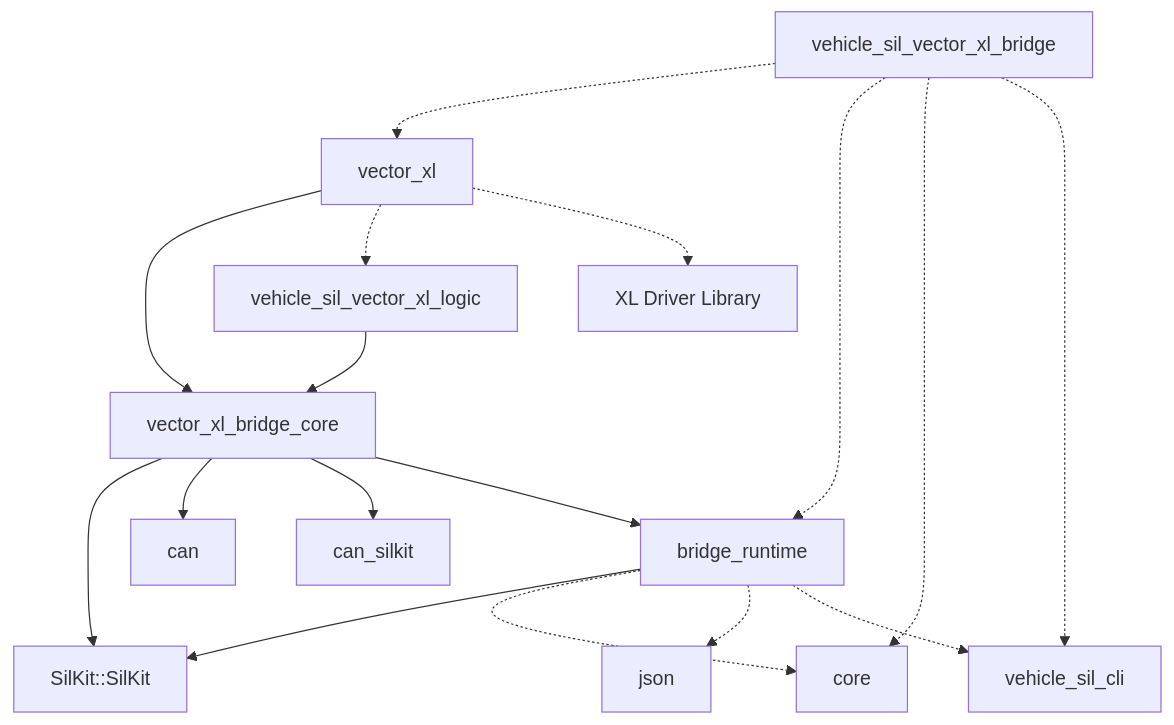
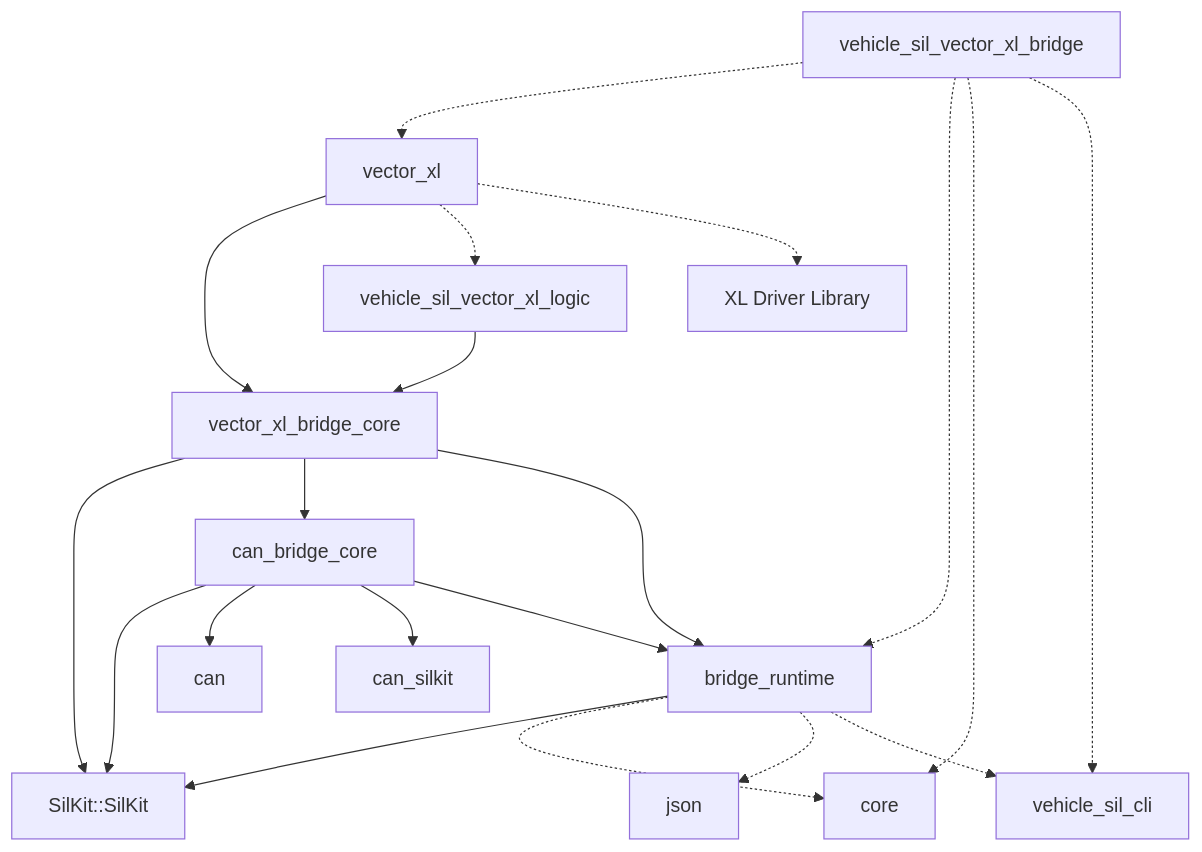
One commit to rahanahu/vehicle-sil changed the first of 2 diagrams in docs/code-map-bridges.md. Above: the diagram before and after it, drawn with Mermaid. The commit also changed other lines of this file and 30 other files, not shown here.

First line of the commit message:
refactor(bridges): move the CAN bridge parts that do not depend on XL to bridges/can (#208)

````diff
--- a/docs/code-map-bridges.md
+++ b/docs/code-map-bridges.md
@@ -152,19 +166,22 @@
 ```mermaid
 flowchart TD
-    vector_xl_bridge_core --> SilKit["SilKit::SilKit"]
-    vector_xl_bridge_core --> can
-    vector_xl_bridge_core --> can_silkit
+    can_bridge_core --> SilKit["SilKit::SilKit"]
+    can_bridge_core --> can
+    can_bridge_core --> can_silkit
+    can_bridge_core --> bridge_runtime
+    vector_xl_bridge_core --> SilKit
+    vector_xl_bridge_core --> can_bridge_core
     vector_xl_bridge_core --> bridge_runtime
     vehicle_sil_vector_xl_logic --> vector_xl_bridge_core
     vector_xl --> vector_xl_bridge_core
     vector_xl -.-> vehicle_sil_vector_xl_logic
     vector_xl -.-> vxlapi["XL Driver Library"]
     vehicle_sil_vector_xl_bridge -.-> vector_xl
     vehicle_sil_vector_xl_bridge -.-> bridge_runtime
     vehicle_sil_vector_xl_bridge -.-> core
     vehicle_sil_vector_xl_bridge -.-> vehicle_sil_cli
     bridge_runtime --> SilKit
     bridge_runtime -.-> core
     bridge_runtime -.-> json
     bridge_runtime -.-> vehicle_sil_cli
 ```
````
